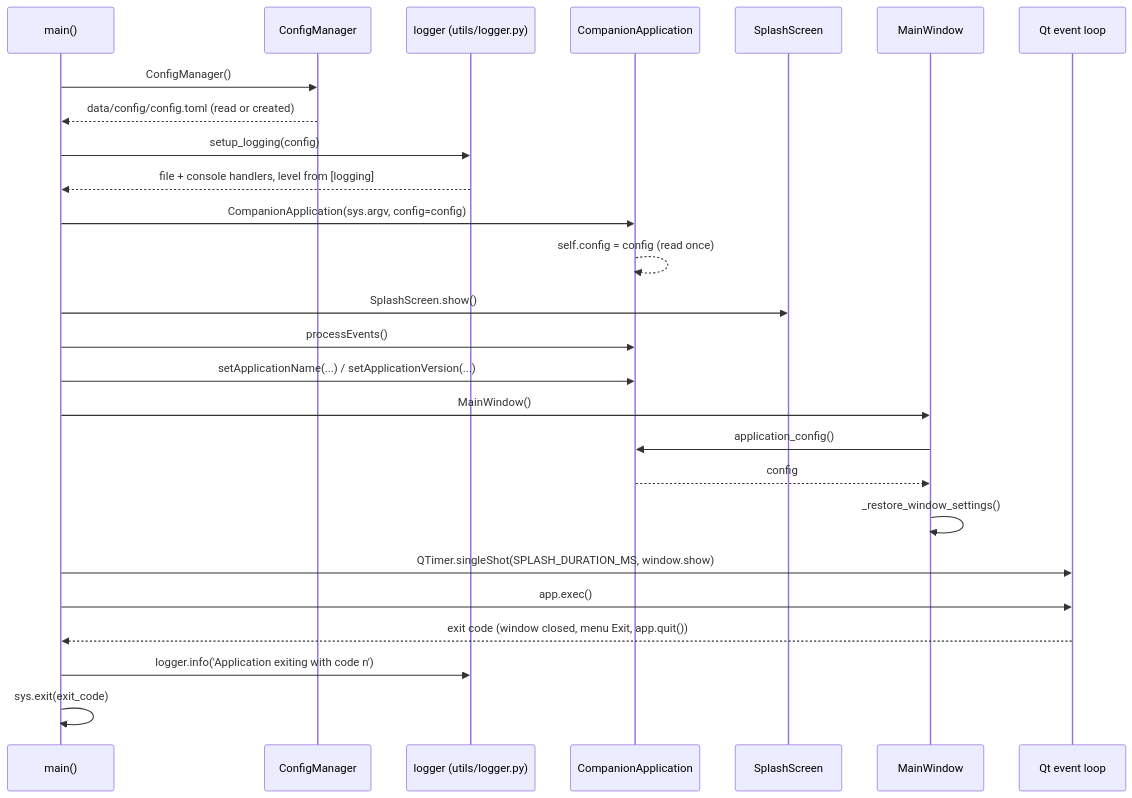
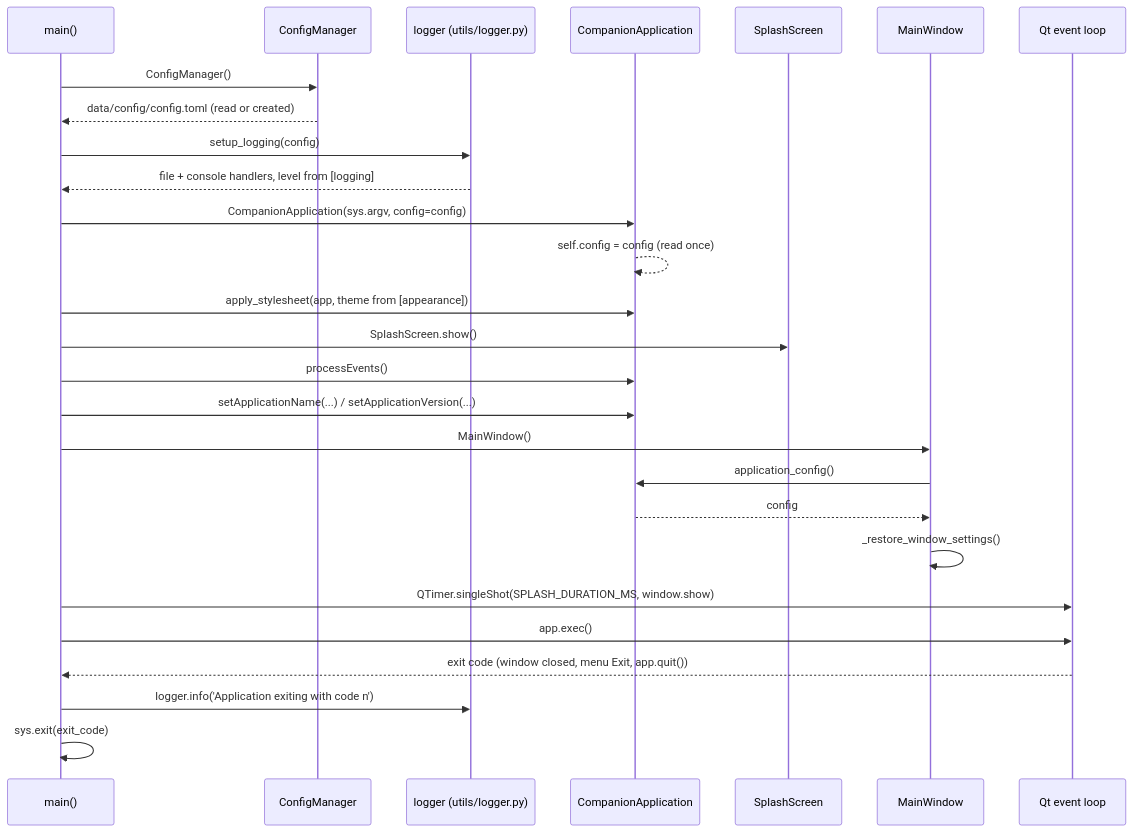
Before and after one commit to ultra-sonic-28/companion4soloplayer: the second of 2 diagrams in docs/companion4soloplayer/main.md, drawn with Mermaid. The commit also changed other lines of this file and 6 other files, not shown here.

````diff
--- a/docs/companion4soloplayer/main.md
+++ b/docs/companion4soloplayer/main.md
@@ -42,35 +43,37 @@
 ```mermaid
 sequenceDiagram
     participant M as main()
     participant C as ConfigManager
     participant L as logger (utils/logger.py)
     participant A as CompanionApplication
     participant S as SplashScreen
     participant W as MainWindow
     participant Q as Qt event loop
 
     M->>C: ConfigManager()
     C-->>M: data/config/config.toml (read or created)
 
     M->>L: setup_logging(config)
     L-->>M: file + console handlers, level from [logging]
 
     M->>A: CompanionApplication(sys.argv, config=config)
     A-->>A: self.config = config (read once)
 
+    M->>A: apply_stylesheet(app, theme from [appearance])
+
     M->>S: SplashScreen.show()
     M->>A: processEvents()
     M->>A: setApplicationName(...) / setApplicationVersion(...)
 
     M->>W: MainWindow()
     W->>A: application_config()
     A-->>W: config
     W->>W: _restore_window_settings()
 
     M->>Q: QTimer.singleShot(SPLASH_DURATION_MS, window.show)
     M->>Q: app.exec()
     Q-->>M: exit code (window closed, menu Exit, app.quit())
 
     M->>L: logger.info('Application exiting with code n')
     M->>M: sys.exit(exit_code)
 ```
````
